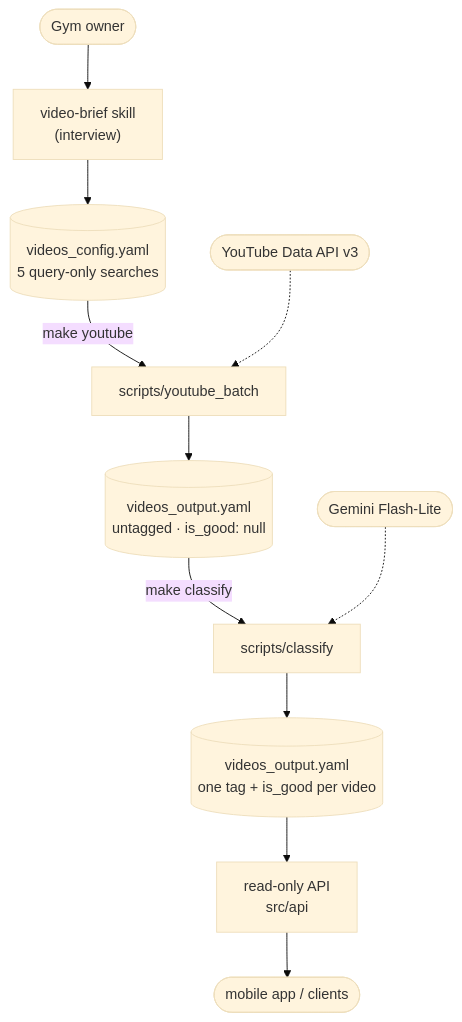
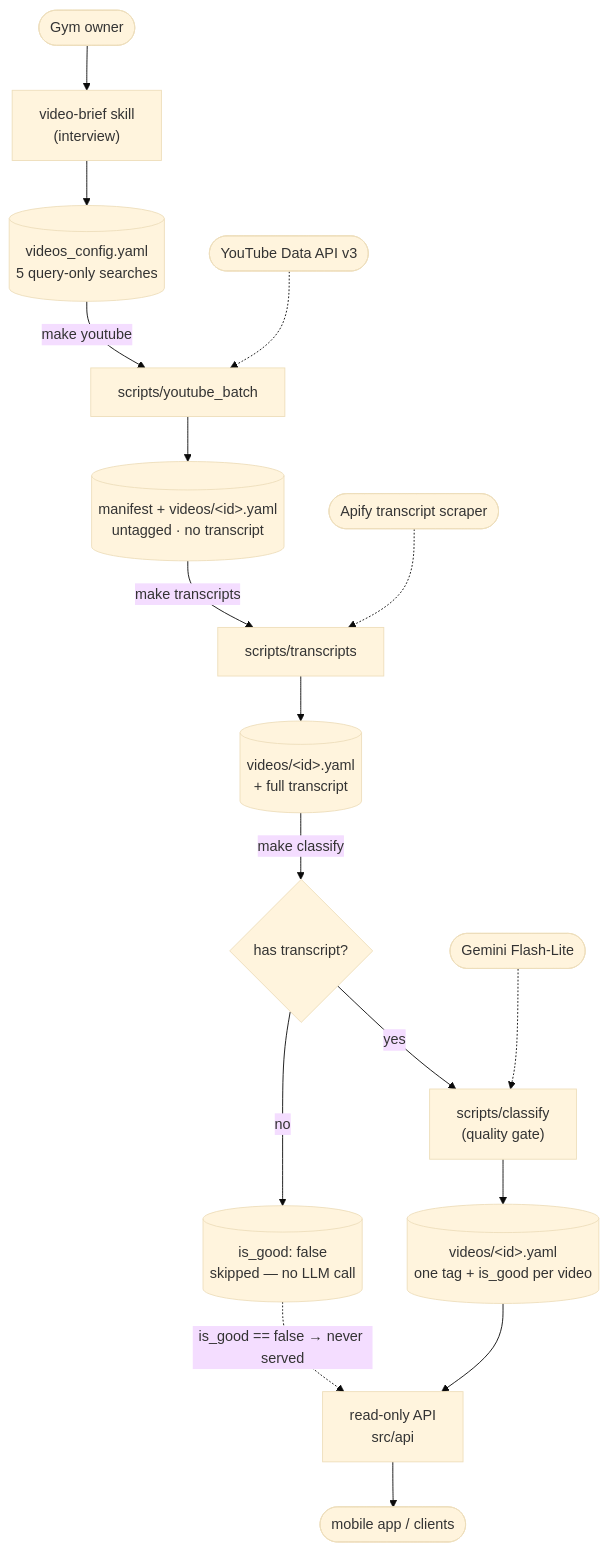
The diagram in VideoService/README.md (jesse51002/CombatDen), drawn with Mermaid (base theme) before and after one commit. The commit also changed other lines of this file and 1484 other files, not shown here.

First line of the commit message:
VideoService: transcript-gated classification + per-video storage

````diff
--- a/VideoService/README.md
+++ b/VideoService/README.md
@@ -38,16 +48,23 @@
 ```mermaid
 flowchart TD
     human(["Gym owner"]) --> brief["video-brief skill<br/>(interview)"]
     brief --> config[("videos_config.yaml<br/>5 query-only searches")]
 
     config -->|make youtube| batch["scripts/youtube_batch"]
     yt(["YouTube Data API v3"]) -.-> batch
-    batch --> raw[("videos_output.yaml<br/>untagged · is_good: null")]
+    batch --> raw[("manifest + videos/&lt;id&gt;.yaml<br/>untagged · no transcript")]
 
-    raw -->|make classify| classify["scripts/classify"]
+    raw -->|make transcripts| trans["scripts/transcripts"]
+    apify(["Apify transcript scraper"]) -.-> trans
+    trans --> withtx[("videos/&lt;id&gt;.yaml<br/>+ full transcript")]
+
+    withtx -->|make classify| gate{"has transcript?"}
+    gate -->|no| skip[("is_good: false<br/>skipped — no LLM call")]
+    gate -->|yes| classify["scripts/classify<br/>(quality gate)"]
     gemma(["Gemini Flash-Lite"]) -.-> classify
-    classify --> tagged[("videos_output.yaml<br/>one tag + is_good per video")]
+    classify --> tagged[("videos/&lt;id&gt;.yaml<br/>one tag + is_good per video")]
 
     tagged --> api["read-only API<br/>src/api"]
+    skip -.->|is_good == false → never served| api
     api --> clients(["mobile app / clients"])
 ```
````
